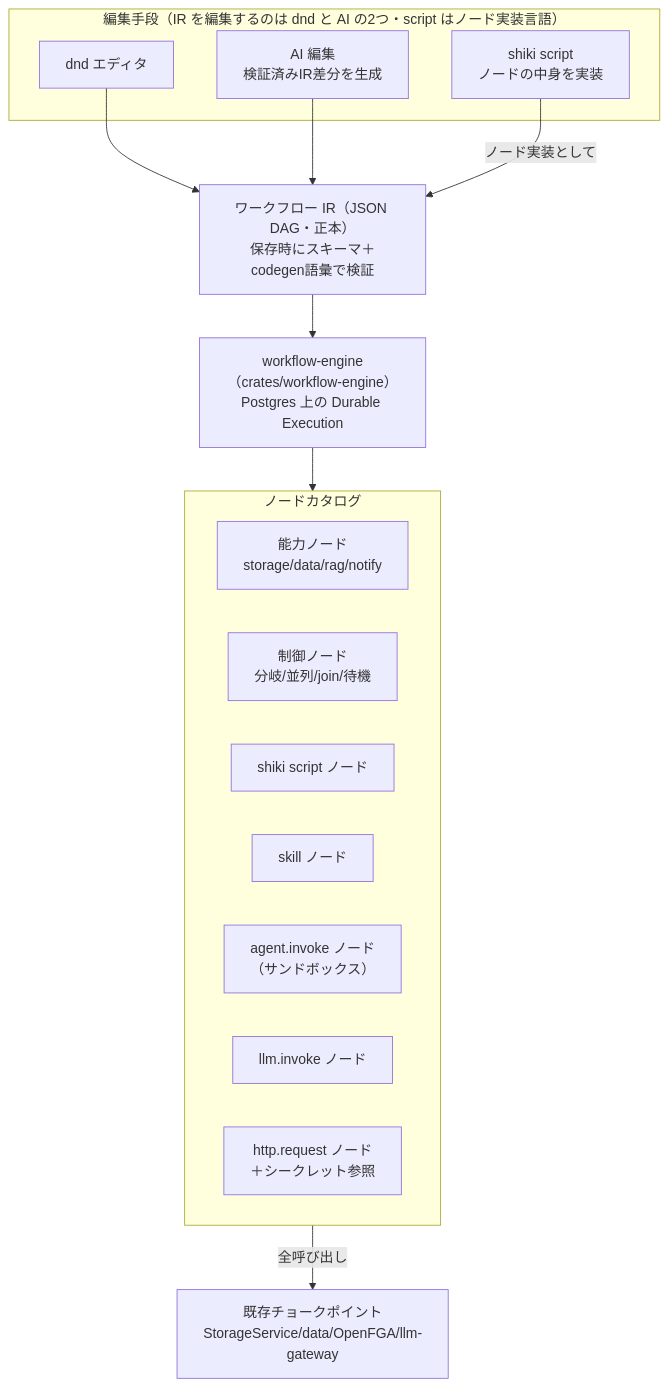
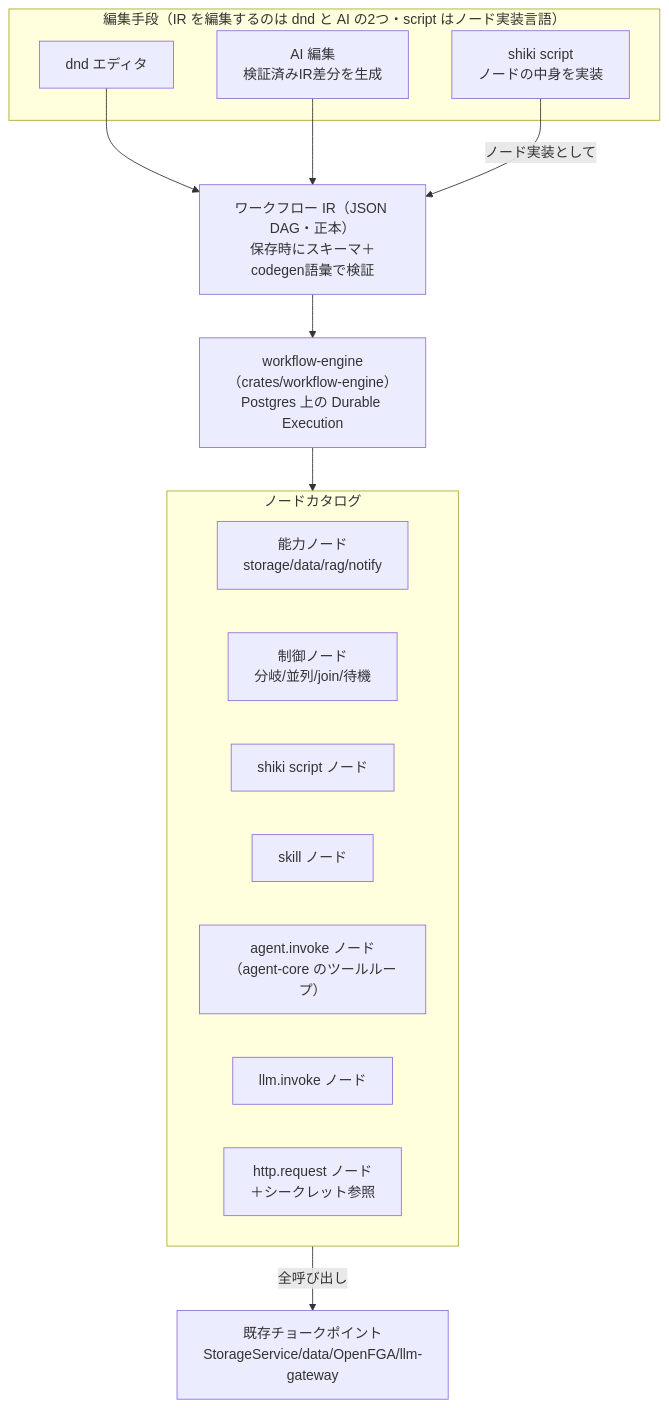
Before and after one commit to imanect-labs/shiki-platform: the diagram in docs/miniapp-platform.md, drawn with Mermaid. The commit also changed other lines of this file and 7 other files, not shown here.

First line of the commit message:
docs(workflow): AI エージェント（agent.invoke）の規則を正本に提案する

````diff
--- a/docs/miniapp-platform.md
+++ b/docs/miniapp-platform.md
@@ -23,24 +23,24 @@
 ```mermaid
 flowchart TB
   subgraph Edit["編集手段（IR を編集するのは dnd と AI の2つ・script はノード実装言語）"]
     DND[dnd エディタ]
     AIED[AI 編集<br/>検証済みIR差分を生成]
     CODE[shiki script<br/>ノードの中身を実装]
   end
   IR["ワークフロー IR（JSON DAG・正本）<br/>保存時にスキーマ＋codegen語彙で検証"]
   ENG["workflow-engine（crates/workflow-engine）<br/>Postgres 上の Durable Execution"]
   subgraph Nodes["ノードカタログ"]
     CAP["能力ノード<br/>storage/data/rag/notify"]
     CTRL["制御ノード<br/>分岐/並列/join/待機"]
     SS[shiki script ノード]
     SKN["skill ノード"]
-    AIN["agent.invoke ノード<br/>（サンドボックス）"]
+    AIN["agent.invoke ノード<br/>（agent-core のツールループ）"]
     LLMN["llm.invoke ノード"]
     HTTP["http.request ノード<br/>＋シークレット参照"]
   end
   DND --> IR
   AIED --> IR
   CODE -->|ノード実装として| IR
   IR --> ENG --> Nodes
   Nodes -->|全呼び出し| CHOKE["既存チョークポイント<br/>StorageService/data/OpenFGA/llm-gateway"]
 ```
````
